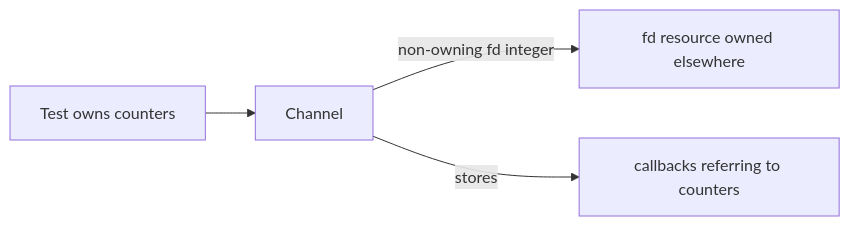
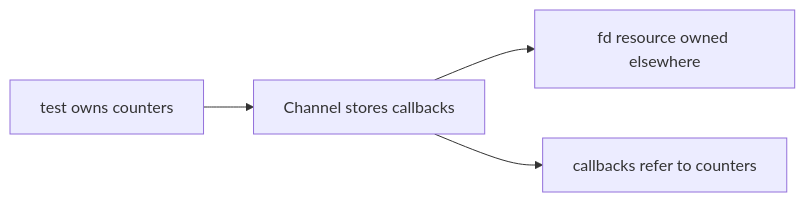
Before and after one commit to FxorG00/system-learning-notes: the third of 4 diagrams in week10/day2/day2.md, drawn with Mermaid. The commit also changed other lines of this file and 1 other file, not shown here.

Commit message:
Fix Day2 Mermaid compatibility

````diff
--- a/week10/day2/day2.md
+++ b/week10/day2/day2.md
@@ -896,6 +896,6 @@
 ```mermaid
 flowchart LR
-    T[Test owns counters] --> C[Channel]
-    C -->|non-owning fd integer| F[fd resource owned elsewhere]
-    C -->|stores| CB[callbacks referring to counters]
+    T["test owns counters"] --> C["Channel stores callbacks"]
+    C --> F["fd resource owned elsewhere"]
+    C --> CB["callbacks refer to counters"]
 ```
````
